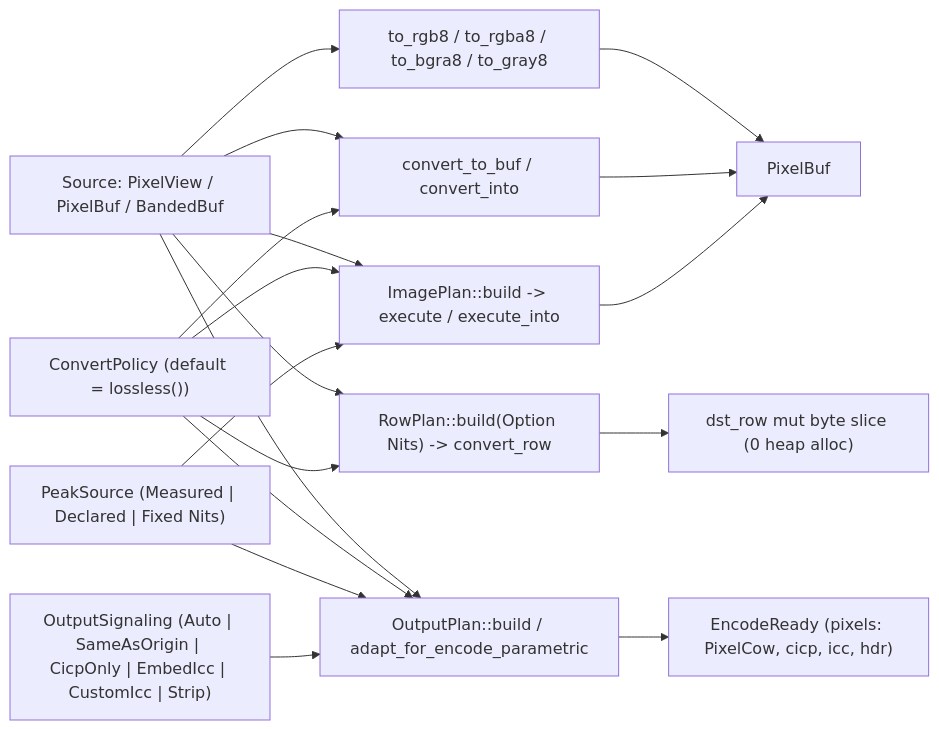
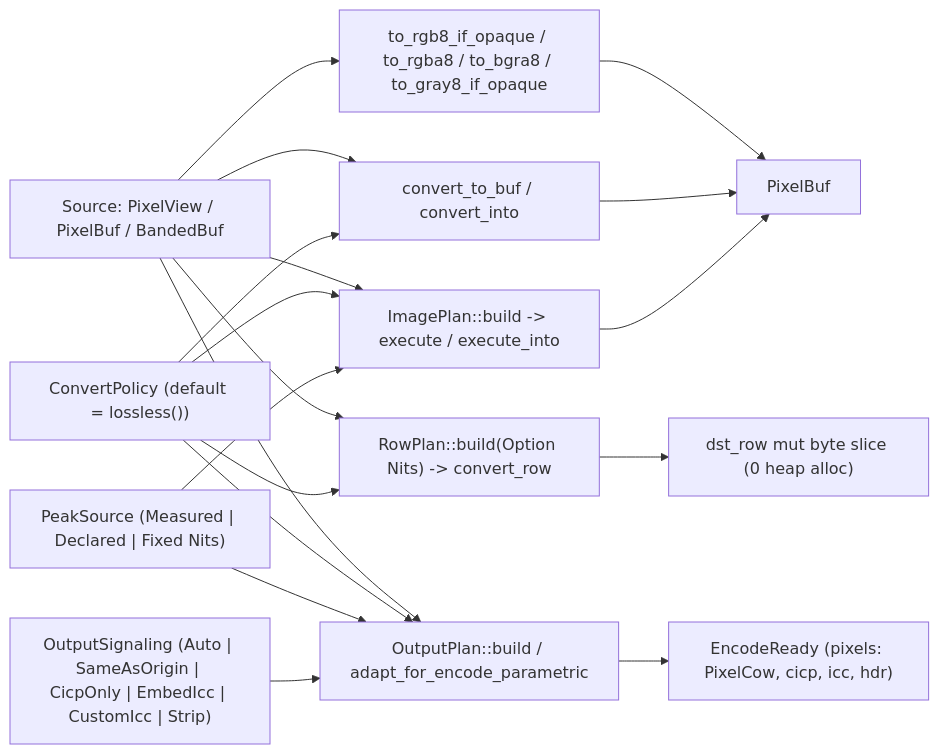
The fourth of 4 diagrams in docs/types-and-relationships.md (imazen/zenpixels), drawn with Mermaid before and after one commit. The commit also changed other lines of this file and 69 other files, not shown here.

````diff
--- a/docs/types-and-relationships.md
+++ b/docs/types-and-relationships.md
@@ -625,27 +626,27 @@
 ```mermaid
 flowchart LR
     SRC["Source: PixelView / PixelBuf / BandedBuf"]
     POL["ConvertPolicy (default = lossless())"]
     PEAK["PeakSource (Measured | Declared | Fixed Nits)"]
     SIG["OutputSignaling (Auto | SameAsOrigin | CicpOnly | EmbedIcc | CustomIcc | Strip)"]
 
-    SRC --> Q["to_rgb8 / to_rgba8 / to_bgra8 / to_gray8"]
+    SRC --> Q["to_rgb8_if_opaque / to_rgba8 / to_bgra8 / to_gray8_if_opaque"]
     SRC --> ONESHOT["convert_to_buf / convert_into"]
     SRC --> IP["ImagePlan::build -> execute / execute_into"]
     SRC --> RP["RowPlan::build(Option Nits) -> convert_row"]
     SRC --> OP["OutputPlan::build / adapt_for_encode_parametric"]
 
     POL --> ONESHOT
     POL --> IP
     POL --> RP
     POL --> OP
     PEAK --> IP
     PEAK --> OP
     SIG --> OP
 
     Q --> OUT1["PixelBuf"]
     ONESHOT --> OUT1
     IP --> OUT1
     RP --> OUT2["dst_row mut byte slice (0 heap alloc)"]
     OP --> OUT3["EncodeReady (pixels: PixelCow, cicp, icc, hdr)"]
 ```
````
